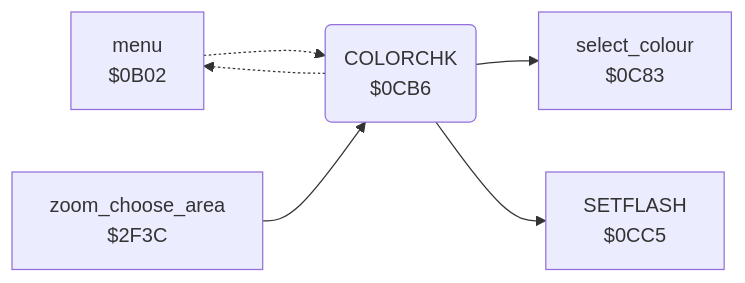
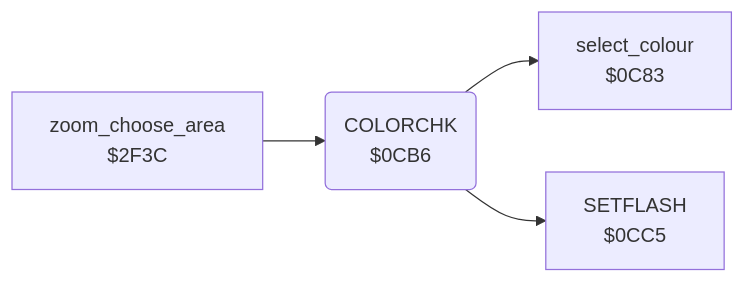
The diagram in koala_painter/v1/docs/reference/modules/menu/menu_0cb6.md (henols/c64_games), drawn with Mermaid before and after one commit. The commit also changed other lines of this file and 1100 other files, not shown here.

````diff
--- a/koala_painter/v1/docs/reference/modules/menu/menu_0cb6.md
+++ b/koala_painter/v1/docs/reference/modules/menu/menu_0cb6.md
@@ -10,13 +17,10 @@
 ```mermaid
 flowchart LR
-  n0b02["menu<br/>$0B02"]
   n0c83["select_colour<br/>$0C83"]
   n0cb6("COLORCHK<br/>$0CB6")
   n0cc5["SETFLASH<br/>$0CC5"]
   n2f3c["zoom_choose_area<br/>$2F3C"]
-  n0b02 -.-> n0cb6
-  n0cb6 -.-> n0b02
   n0cb6 --> n0c83
   n0cb6 --> n0cc5
   n2f3c --> n0cb6
 ```
````
